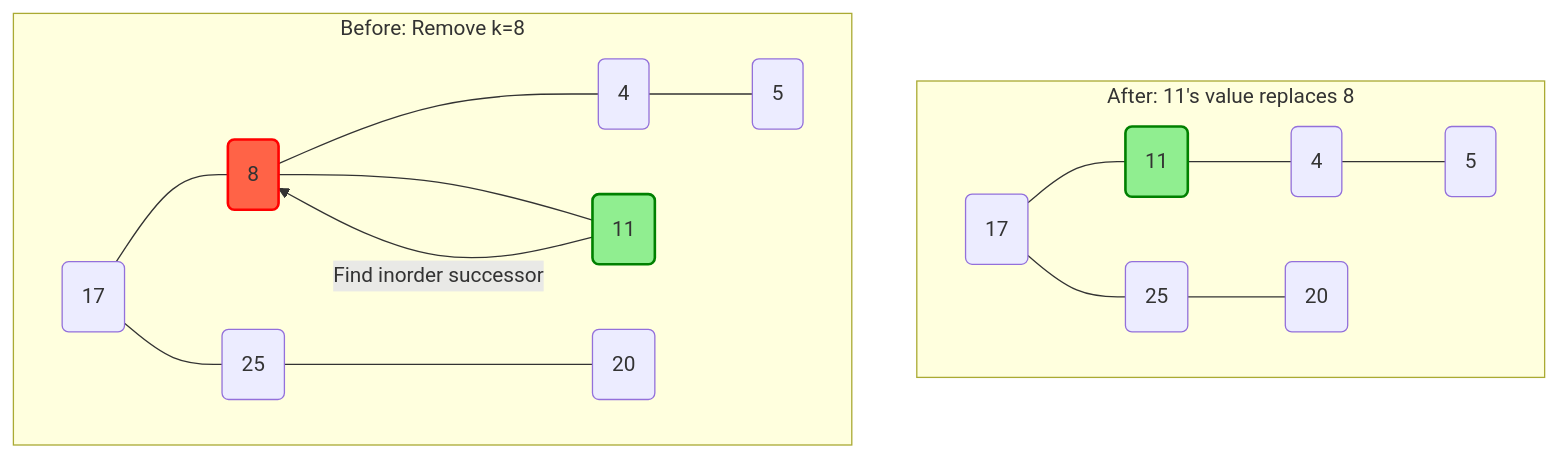
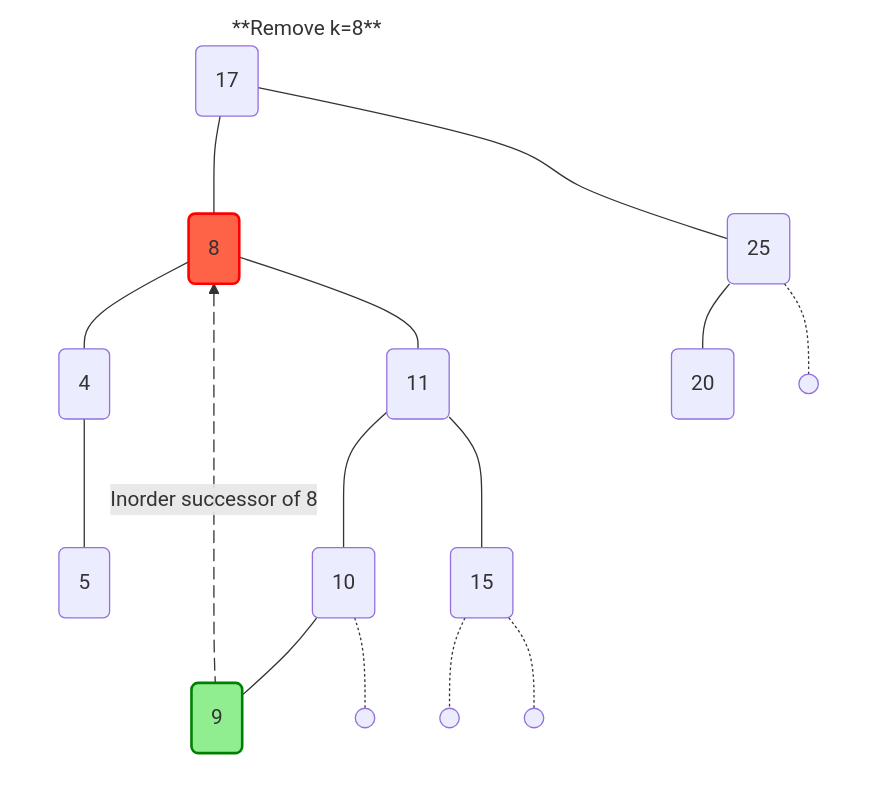
Before and after one commit to ruslylove/datastruct: the sixth of 6 diagrams in lectures/lect-14-Binary-Search-Trees.md, drawn with Mermaid. The commit also changed 1 other file, not shown here.

Commit message:
update BST delete

````diff
--- a/lectures/lect-14-Binary-Search-Trees.md
+++ b/lectures/lect-14-Binary-Search-Trees.md
@@ -298,38 +298,49 @@
 ```mermaid
 graph TD
-    
 
-    subgraph "After: 11's value replaces 8"
-        R2(17)
-        L2(11):::successor
-        LL2(4)
-        LLR2(5)
-        RR2(25)
-        RRL2(20)
-        
-        R2 --- L2; R2 --- RR2
-        L2 --- LL2
-        LL2 --- LLR2
-        RR2 --- RRL2
+    subgraph RT[" "]
+        RR1(25)
+        RRL1(20)
+        C
     end
 
-    subgraph "Before: Remove k=8"
+    subgraph G["**Remove k=8**"]
         R1(17)
         L1(8):::deleted
         LL1(4)
-        LR1(11):::successor
         LLR1(5)
+        
         RR1(25)
         RRL1(20)
         
+        %% Right subtree of 8, to find successor
+        LR1(11)
+        LR1_L(10)
+        LR1_R(15)
+        LR1_L_L(9):::successor
+        LR1_L_R(( ))
+        
         R1 --- L1; R1 --- RR1
         L1 --- LL1; L1 --- LR1
+        
         LL1 --- LLR1
         RR1 --- RRL1
         
-        LR1 -- "Find inorder successor" --> L1
+        LR1 --- LR1_L; LR1 --- LR1_R
+        LR1_L --- LR1_L_L
+        LR1_L -.- LR1_L_R
+        
+        LR1_L_L e1@-- "Inorder successor of 8" --> L1
+        LR1_R -.- A(( )) & B(( ))
+        RR1 -.- C(( ))
+
     end
+
+    e1@{animate: true}
 
     classDef deleted fill:tomato,stroke:red,stroke-width:2px
     classDef successor fill:lightgreen,stroke:green,stroke-width:2px
+    classDef invisible fill-opacity:0, stroke-opacity:0;
+    class RT,G invisible
+
 ```
````
